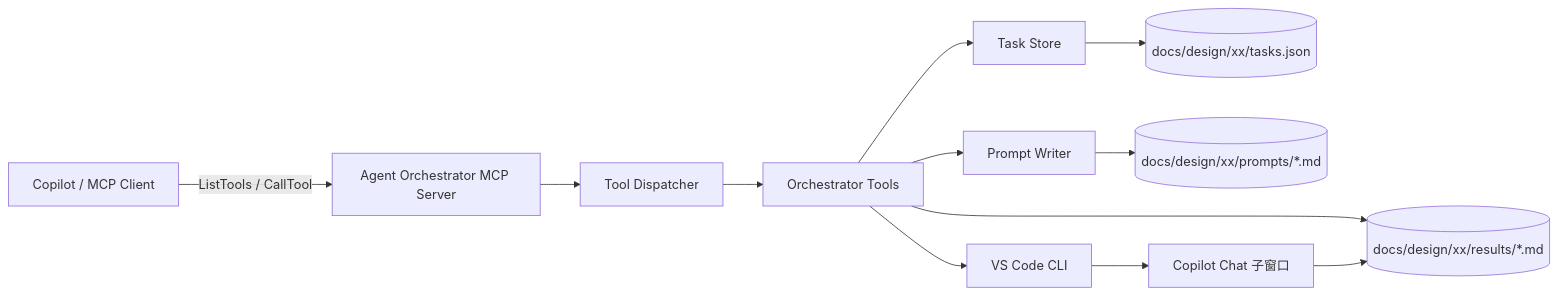
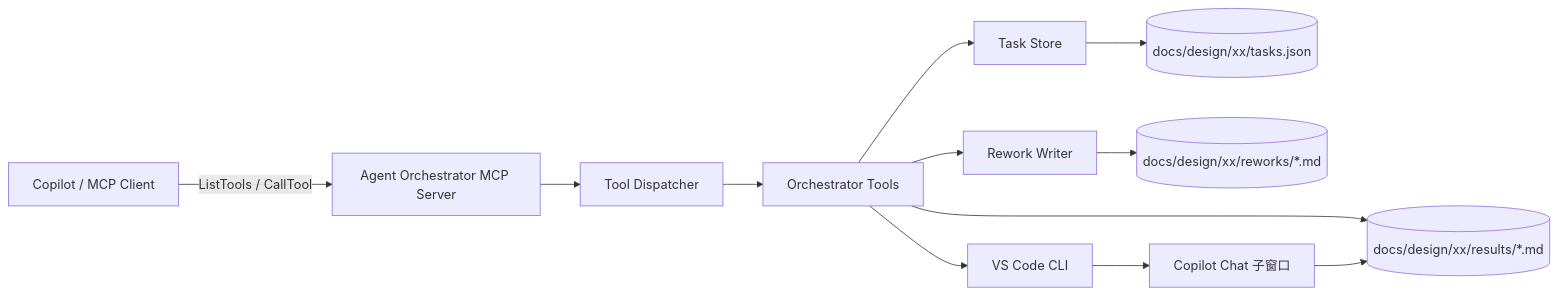
One commit to TomorrowLM/lm-ai-future changed the first of 2 diagrams in front/mcp/agent-orchestrator-mcp/README.md. Above: the diagram before and after it, drawn with Mermaid. The commit also changed other lines of this file and 15 other files, not shown here.

````diff
--- a/front/mcp/agent-orchestrator-mcp/README.md
+++ b/front/mcp/agent-orchestrator-mcp/README.md
@@ -27,14 +27,14 @@
 ```mermaid
 flowchart LR
 	Client[Copilot / MCP Client] -->|ListTools / CallTool| MCP[Agent Orchestrator MCP Server]
 	MCP --> Dispatcher[Tool Dispatcher]
 	Dispatcher --> Orchestrator[Orchestrator Tools]
 	Orchestrator --> Store[Task Store]
-	Orchestrator --> Prompt[Prompt Writer]
+	Orchestrator --> Rework[Rework Writer]
 	Orchestrator --> CodeCLI[VS Code CLI]
 	Store --> Json[(docs/design/xx/tasks.json)]
-	Prompt --> PromptFiles[(docs/design/xx/prompts/*.md)]
+	Rework --> ReworkFiles[(docs/design/xx/reworks/*.md)]
 	Orchestrator --> ResultFiles[(docs/design/xx/results/*.md)]
 	CodeCLI --> SubChat[Copilot Chat 子窗口]
 	SubChat --> ResultFiles
 ```
````
